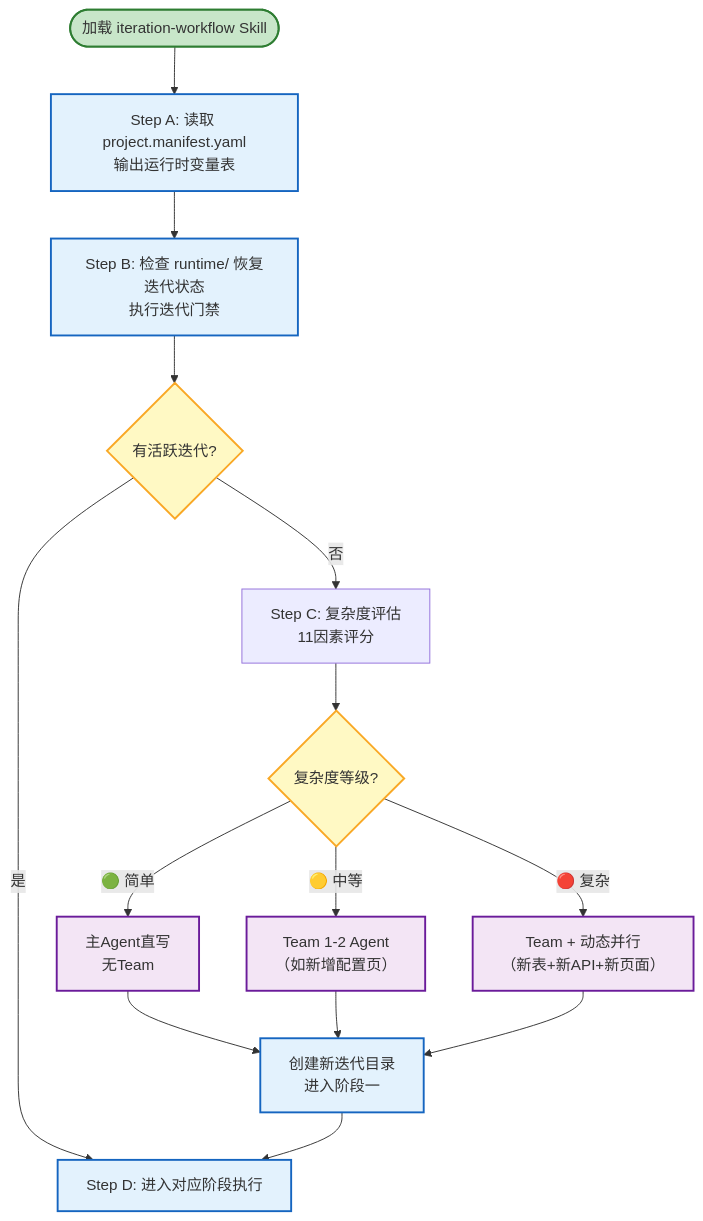
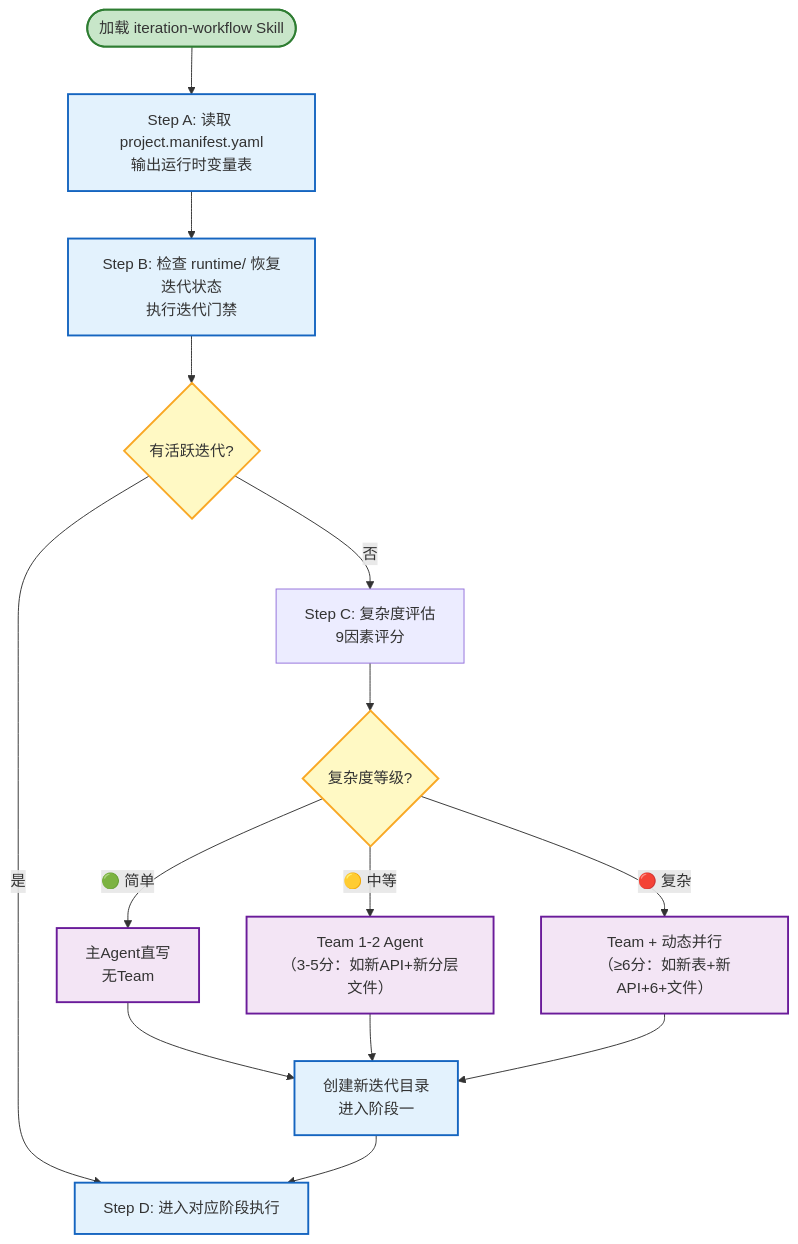
The diagram in design/diagrams/flow-startup-protocol.md (berrcharles008-hash/iteration-workflow-engine), drawn with Mermaid before and after one commit. The commit also changed other lines of this file and 2 other files, not shown here.

Commit message:
fix(docs): correct complexity factor count 11 -> 9
startup-protocol.md (Step C + file-loading table), workflow-engine.md (grading table now uses 9-factor weighted score as the sole criterion; old single-factor text rules were inconsistent with the scoring), design/diagrams/flow-startup-protocol.md (9 factors + branch examples aligned with thresholds).

````diff
--- a/design/diagrams/flow-startup-protocol.md
+++ b/design/diagrams/flow-startup-protocol.md
@@ -13,32 +13,32 @@
 ```mermaid
 flowchart TD
     START([加载 iteration-workflow Skill]) --> STEP_A[Step A: 读取 project.manifest.yaml<br/>输出运行时变量表]
     STEP_A --> STEP_B[Step B: 检查 runtime/ 恢复迭代状态<br/>执行迭代门禁]
 
     STEP_B --> HAS_ACTIVE{有活跃迭代?}
 
     HAS_ACTIVE -->|是| STEP_D[Step D: 进入对应阶段执行]
-    HAS_ACTIVE -->|否| STEP_C[Step C: 复杂度评估<br/>11因素评分]
+    HAS_ACTIVE -->|否| STEP_C[Step C: 复杂度评估<br/>9因素评分]
 
     STEP_C --> CMPX_RESULT{复杂度等级?}
 
     CMPX_RESULT -->|🟢 简单| SIMPLE[主Agent直写<br/>无Team]
-    CMPX_RESULT -->|🟡 中等| MEDIUM["Team 1-2 Agent<br/>（如新增配置页）"]
-    CMPX_RESULT -->|🔴 复杂| COMPLEX["Team + 动态并行<br/>（新表+新API+新页面）"]
+    CMPX_RESULT -->|🟡 中等| MEDIUM["Team 1-2 Agent<br/>（3-5分：如新API+新分层文件）"]
+    CMPX_RESULT -->|🔴 复杂| COMPLEX["Team + 动态并行<br/>（≥6分：如新表+新API+6+文件）"]
 
     SIMPLE --> NEW_ITER[创建新迭代目录<br/>进入阶段一]
     MEDIUM --> NEW_ITER
     COMPLEX --> NEW_ITER
 
     NEW_ITER --> STEP_D
 
     classDef start fill:#c8e6c9,stroke:#2e7d32,stroke-width:2px
     classDef step fill:#e3f2fd,stroke:#1565c0,stroke-width:2px
     classDef decision fill:#fff9c4,stroke:#f9a825,stroke-width:2px
     classDef result fill:#f3e5f5,stroke:#6a1b9a,stroke-width:2px
 
     class START start
     class STEP_A,STEP_B,STEP_D,NEW_ITER step
     class HAS_ACTIVE,CMPX_RESULT decision
     class SIMPLE,MEDIUM,COMPLEX result
 ```
````
